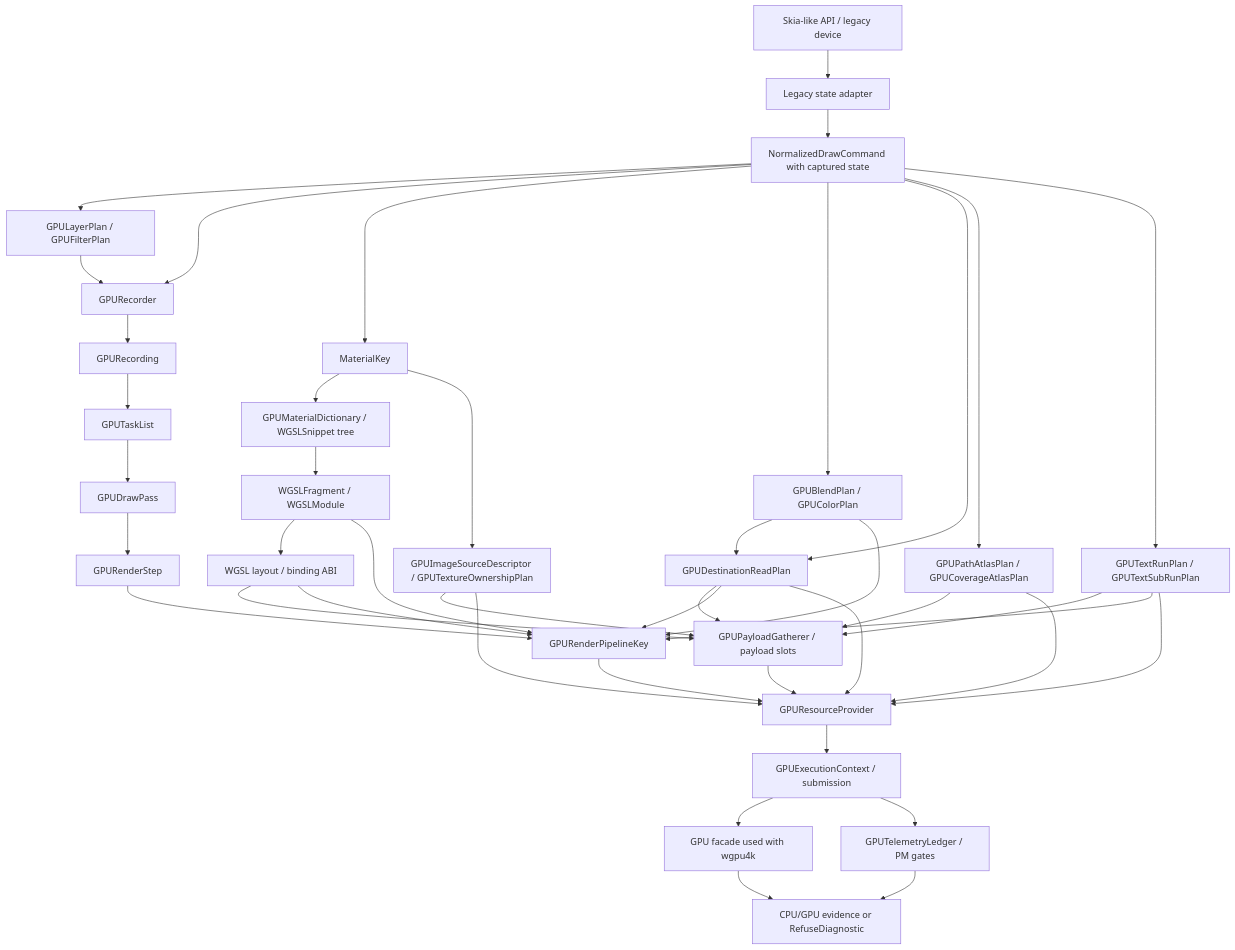
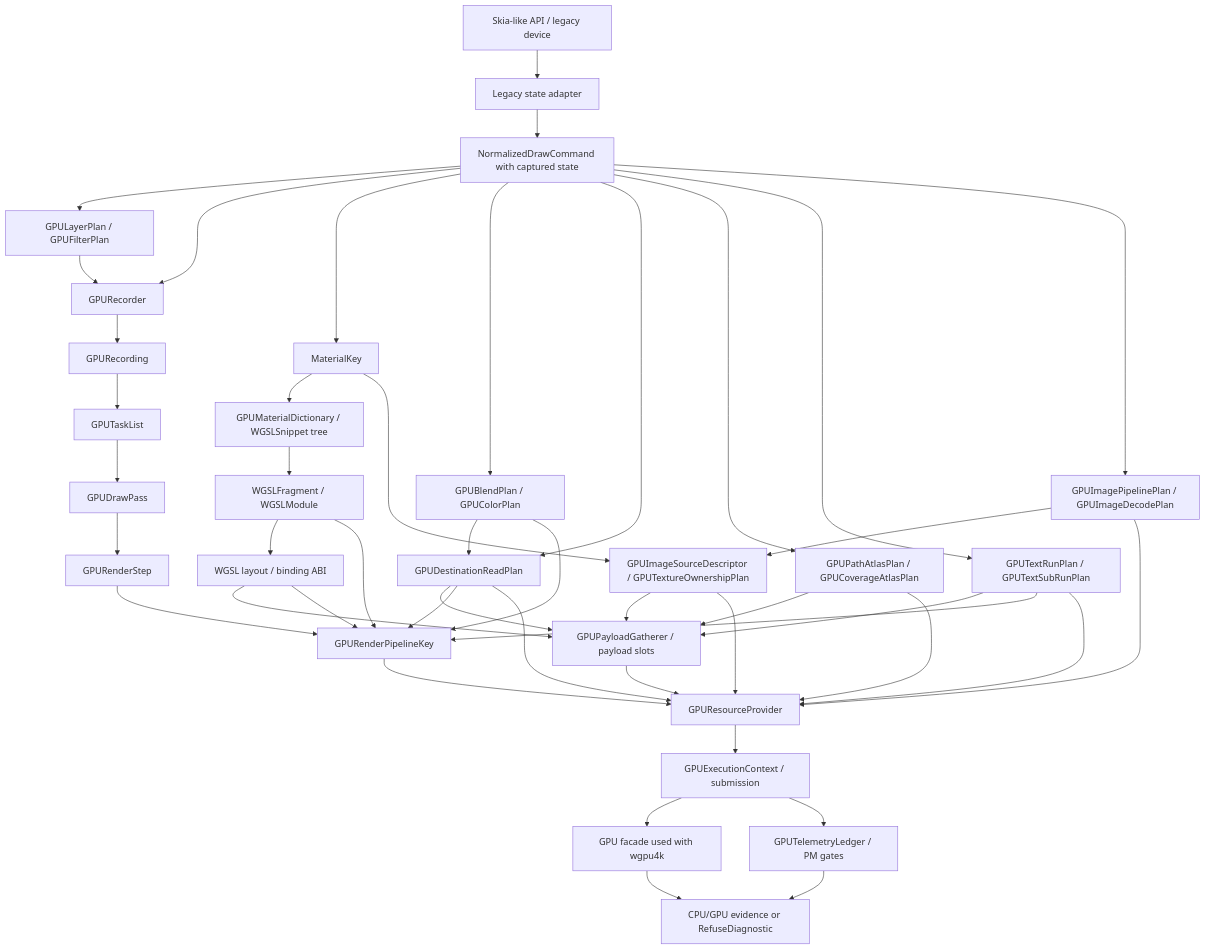
Before and after one commit to ygdrasil-io/kanvas: the diagram in .upstream/specs/gpu-renderer/README.md, drawn with Mermaid. The commit also changed other lines of this file and 18 other files, not shown here.

````diff
--- a/.upstream/specs/gpu-renderer/README.md
+++ b/.upstream/specs/gpu-renderer/README.md
@@ -176,44 +194,47 @@
 ```mermaid
 flowchart TD
     legacy["Skia-like API / legacy device"] --> adapter["Legacy state adapter"]
     adapter --> command["NormalizedDrawCommand with captured state"]
     command --> layerplan["GPULayerPlan / GPUFilterPlan"]
     command --> recorder["GPURecorder"]
     layerplan --> recorder
     recorder --> recording["GPURecording"]
     recording --> tasks["GPUTaskList"]
     tasks --> drawpass["GPUDrawPass"]
     drawpass --> step["GPURenderStep"]
     command --> material["MaterialKey"]
     material --> dictionary["GPUMaterialDictionary / WGSLSnippet tree"]
     command --> blend["GPUBlendPlan / GPUColorPlan"]
     command --> dstread["GPUDestinationReadPlan"]
     blend --> dstread
     dictionary --> wgsl["WGSLFragment / WGSLModule"]
     material --> textureplan["GPUImageSourceDescriptor / GPUTextureOwnershipPlan"]
     command --> atlas["GPUPathAtlasPlan / GPUCoverageAtlasPlan"]
     command --> text["GPUTextRunPlan / GPUTextSubRunPlan"]
     wgsl --> abi["WGSL layout / binding ABI"]
     abi --> payload["GPUPayloadGatherer / payload slots"]
+    command --> imageprep["GPUImagePipelinePlan / GPUImageDecodePlan"]
+    imageprep --> textureplan
+    imageprep --> resources
     textureplan --> payload
     atlas --> payload
     text --> payload
     dstread --> payload
     step --> pipeline["GPURenderPipelineKey"]
     blend --> pipeline
     dstread --> pipeline
     text --> pipeline
     abi --> pipeline
     wgsl --> pipeline
     payload --> resources
     textureplan --> resources
     atlas --> resources
     text --> resources
     dstread --> resources
     pipeline --> resources["GPUResourceProvider"]
     resources --> execution["GPUExecutionContext / submission"]
     execution --> facade["GPU facade used with wgpu4k"]
     execution --> telemetry["GPUTelemetryLedger / PM gates"]
     facade --> evidence["CPU/GPU evidence or RefuseDiagnostic"]
     telemetry --> evidence
 ```
````
